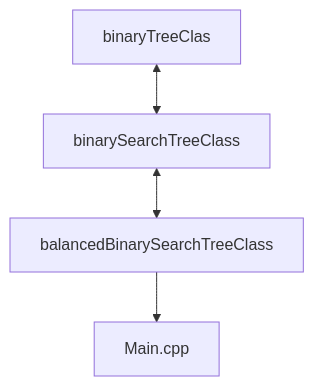
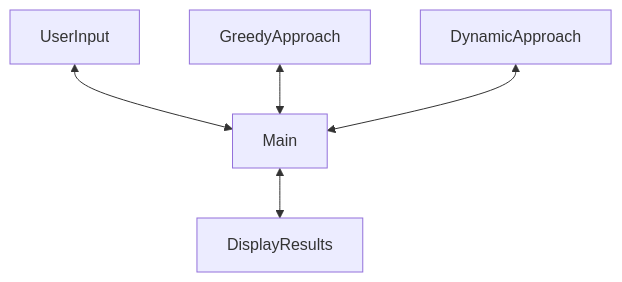
Before and after one commit to SamHammami/COMP318_Proj3: the diagram in README.md, drawn with Mermaid. The commit also changed other lines of this file and 9 other files, not shown here.

````diff
--- a/README.md
+++ b/README.md
@@ -25,6 +25,7 @@
  ```mermaid
 graph TD;
-    binaryTreeClas<-->binarySearchTreeClass;
-    binarySearchTreeClass<-->balancedBinarySearchTreeClass;
-    balancedBinarySearchTreeClass-->Main.cpp;
+    UserInput<-->Main;
+    GreedyApproach<-->Main;
+    DynamicApproach<-->Main;
+    Main<-->DisplayResults;
 ```
````
